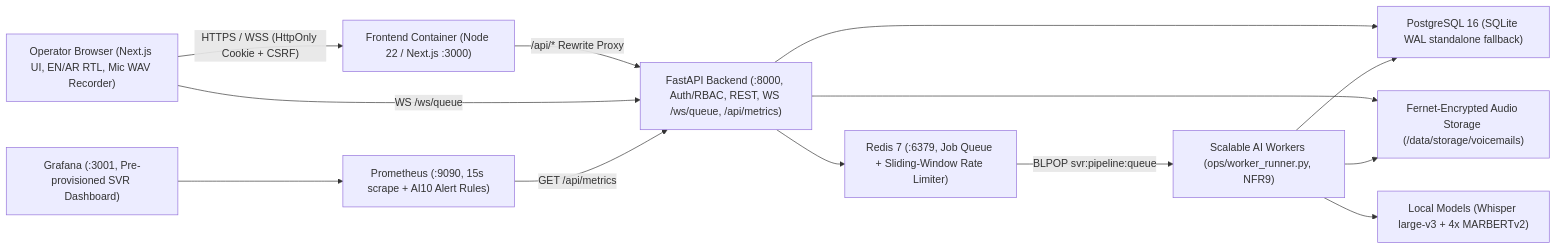
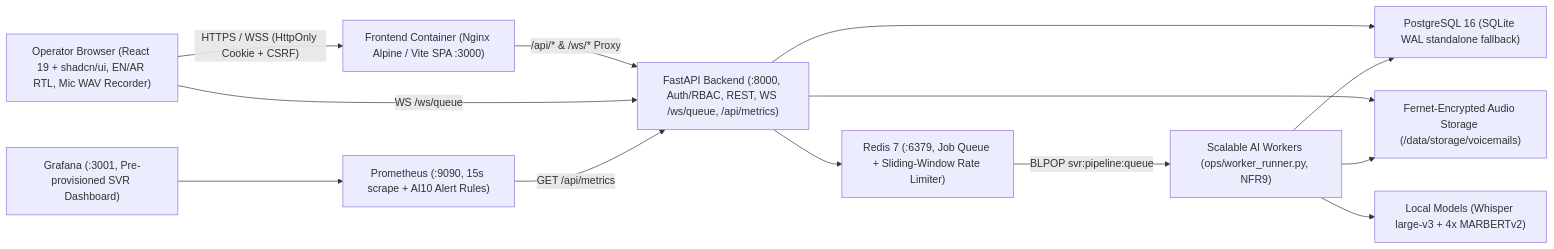
The diagram in docs/ARCHITECTURE-AND-DEPLOYMENT.md (hazemelerefey/smart-voicemail-router), drawn with Mermaid before and after one commit. The commit also changed other lines of this file and 31 other files, not shown here.

````diff
--- a/docs/ARCHITECTURE-AND-DEPLOYMENT.md
+++ b/docs/ARCHITECTURE-AND-DEPLOYMENT.md
@@ -17,26 +17,26 @@
 ```mermaid
 flowchart LR
-    Browser["Operator Browser (Next.js UI, EN/AR RTL, Mic WAV Recorder)"]
-    NextJS["Frontend Container (Node 22 / Next.js :3000)"]
+    Browser["Operator Browser (React 19 + shadcn/ui, EN/AR RTL, Mic WAV Recorder)"]
+    Frontend["Frontend Container (Nginx Alpine / Vite SPA :3000)"]
     API["FastAPI Backend (:8000, Auth/RBAC, REST, WS /ws/queue, /api/metrics)"]
     Redis["Redis 7 (:6379, Job Queue + Sliding-Window Rate Limiter)"]
     Worker["Scalable AI Workers (ops/worker_runner.py, NFR9)"]
     PG["PostgreSQL 16 (SQLite WAL standalone fallback)"]
     AudioStore["Fernet-Encrypted Audio Storage (/data/storage/voicemails)"]
     Models["Local Models (Whisper large-v3 + 4x MARBERTv2)"]
     Prom["Prometheus (:9090, 15s scrape + AI10 Alert Rules)"]
     Graf["Grafana (:3001, Pre-provisioned SVR Dashboard)"]
 
-    Browser -->|"HTTPS / WSS (HttpOnly Cookie + CSRF)"| NextJS
-    NextJS -->|"/api/* Rewrite Proxy"| API
+    Browser -->|"HTTPS / WSS (HttpOnly Cookie + CSRF)"| Frontend
+    Frontend -->|"/api/* & /ws/* Proxy"| API
     Browser -->|"WS /ws/queue"| API
     API --> PG
     API --> Redis
     API --> AudioStore
     Redis -->|"BLPOP svr:pipeline:queue"| Worker
     Worker --> AudioStore
     Worker --> Models
     Worker --> PG
     Prom -->|"GET /api/metrics"| API
     Graf --> Prom
 ```
````
